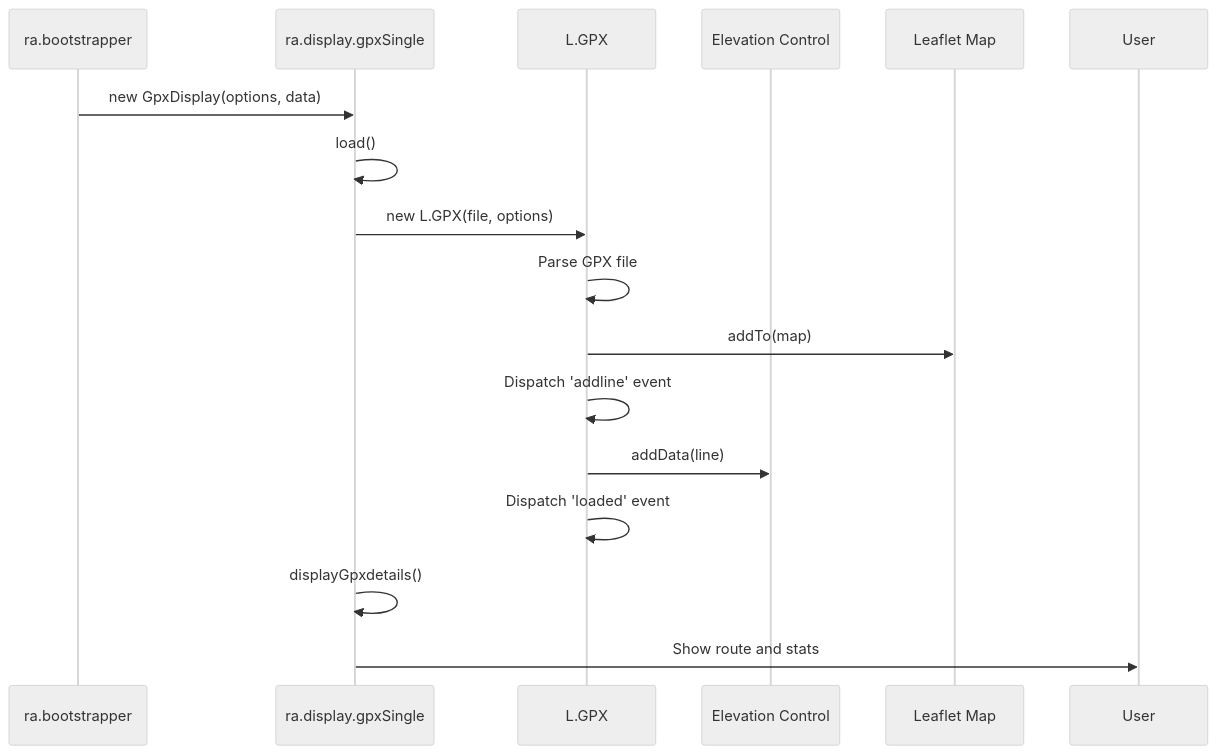
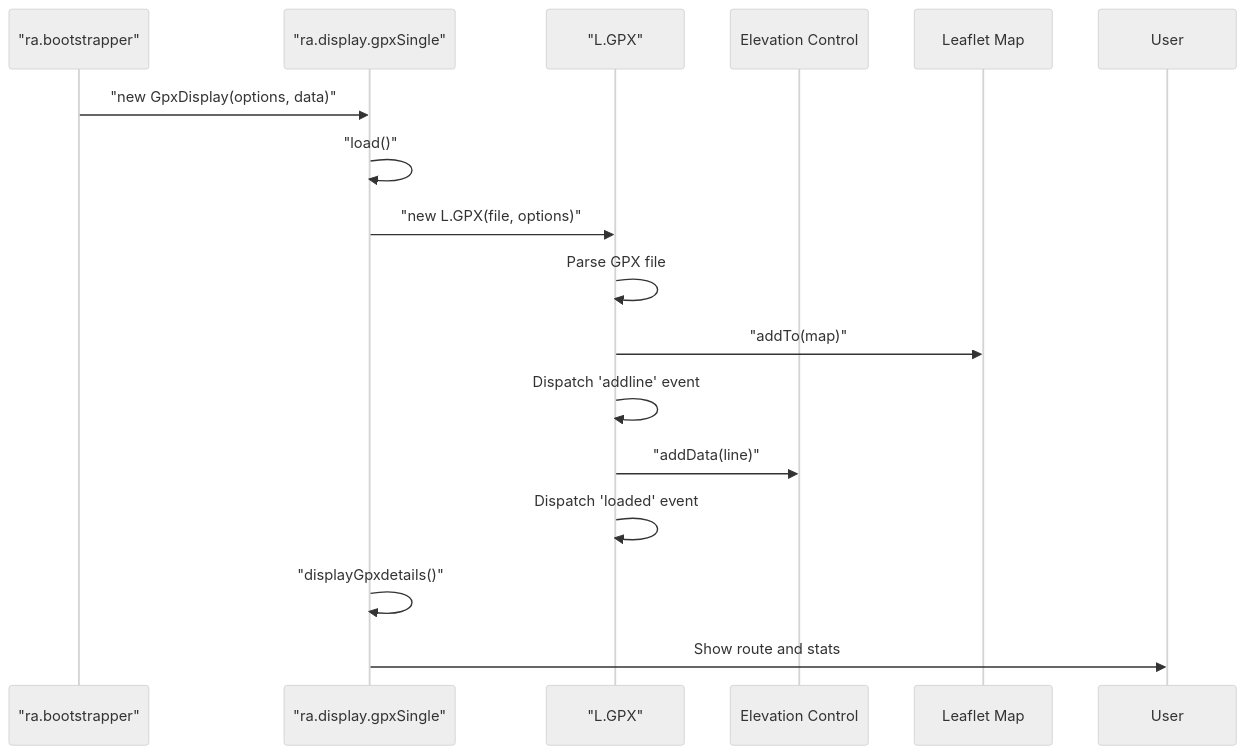
Before and after one commit to pauljrhodes/ramblers-library: the fourth of 5 diagrams in media/leaflet/HLD.md, drawn with Mermaid (neutral theme). The commit also changed other lines of this file and 33 other files, not shown here.

Commit message:
Normalize Mermaid diagrams for GitHub rendering

````diff
--- a/media/leaflet/HLD.md
+++ b/media/leaflet/HLD.md
@@ -320,19 +320,19 @@
 ```mermaid
 sequenceDiagram
-    participant Bootstrap as ra.bootstrapper
-    participant GpxDisplay as ra.display.gpxSingle
-    participant GPXLib as L.GPX
+    participant Bootstrap as "ra.bootstrapper"
+    participant GpxDisplay as "ra.display.gpxSingle"
+    participant GPXLib as "L.GPX"
     participant Elevation as Elevation Control
     participant Map as Leaflet Map
 
-    Bootstrap->>GpxDisplay: new GpxDisplay(options, data)
-    GpxDisplay->>GpxDisplay: load()
-    GpxDisplay->>GPXLib: new L.GPX(file, options)
+    Bootstrap->>GpxDisplay: "new GpxDisplay(options, data)"
+    GpxDisplay->>GpxDisplay: "load()"
+    GpxDisplay->>GPXLib: "new L.GPX(file, options)"
     GPXLib->>GPXLib: Parse GPX file
-    GPXLib->>Map: addTo(map)
+    GPXLib->>Map: "addTo(map)"
     GPXLib->>GPXLib: Dispatch 'addline' event
-    GPXLib->>Elevation: addData(line)
+    GPXLib->>Elevation: "addData(line)"
     GPXLib->>GPXLib: Dispatch 'loaded' event
-    GpxDisplay->>GpxDisplay: displayGpxdetails()
+    GpxDisplay->>GpxDisplay: "displayGpxdetails()"
     GpxDisplay->>User: Show route and stats
 ```
````
